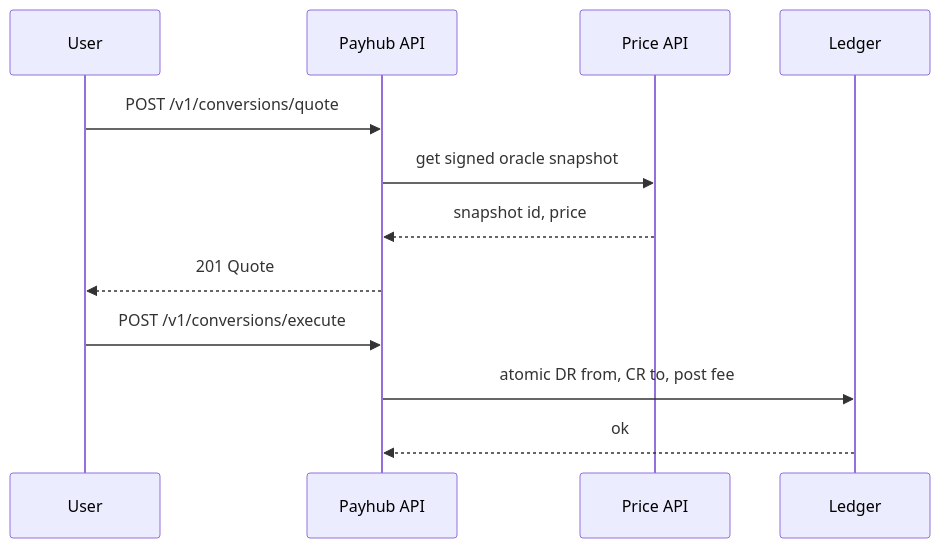
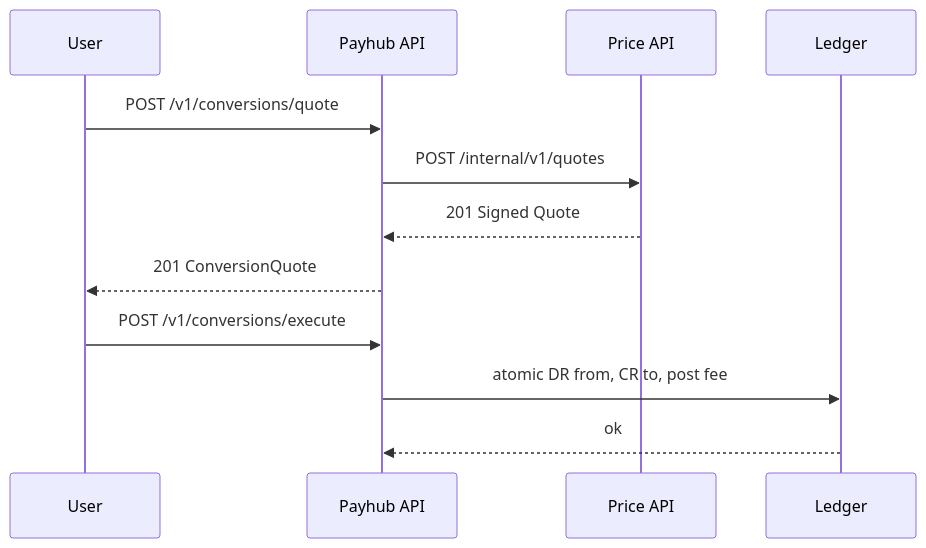
The sixth of 7 diagrams in SystemDesign.md (bkkac/tg-miniapp-payhub-service), drawn with Mermaid before and after one commit. The commit also changed other lines of this file, not shown here.

````diff
--- a/SystemDesign.md
+++ b/SystemDesign.md
@@ -1028,14 +1087,14 @@
 ```mermaid
 sequenceDiagram
   participant U as User
   participant PH as Payhub API
-  participant PR as Price API
+  participant PRC as Price API
   participant DB as Ledger
   U->>PH: POST /v1/conversions/quote
-  PH->>PR: get signed oracle snapshot
-  PR-->>PH: snapshot id, price
-  PH-->>U: 201 Quote
+  PH->>PRC: POST /internal/v1/quotes
+  PRC-->>PH: 201 Signed Quote
+  PH-->>U: 201 ConversionQuote
   U->>PH: POST /v1/conversions/execute
   PH->>DB: atomic DR from, CR to, post fee
   DB-->>PH: ok
 ```
````
